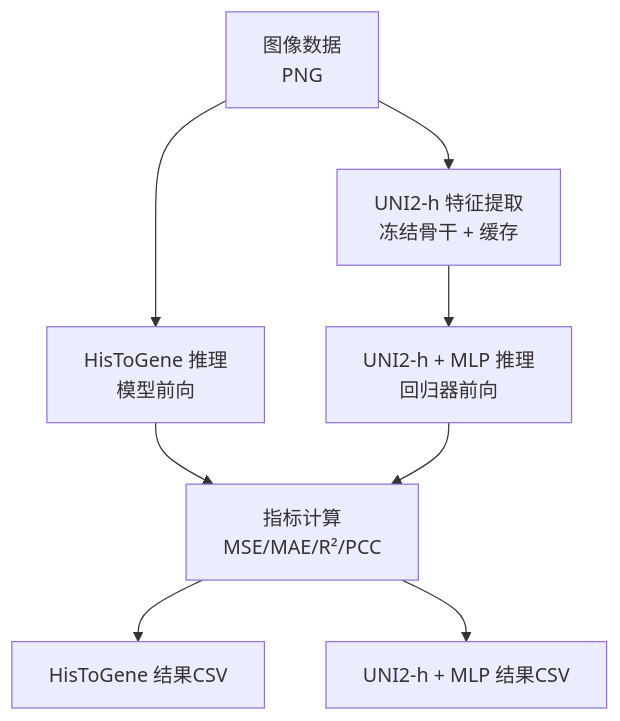
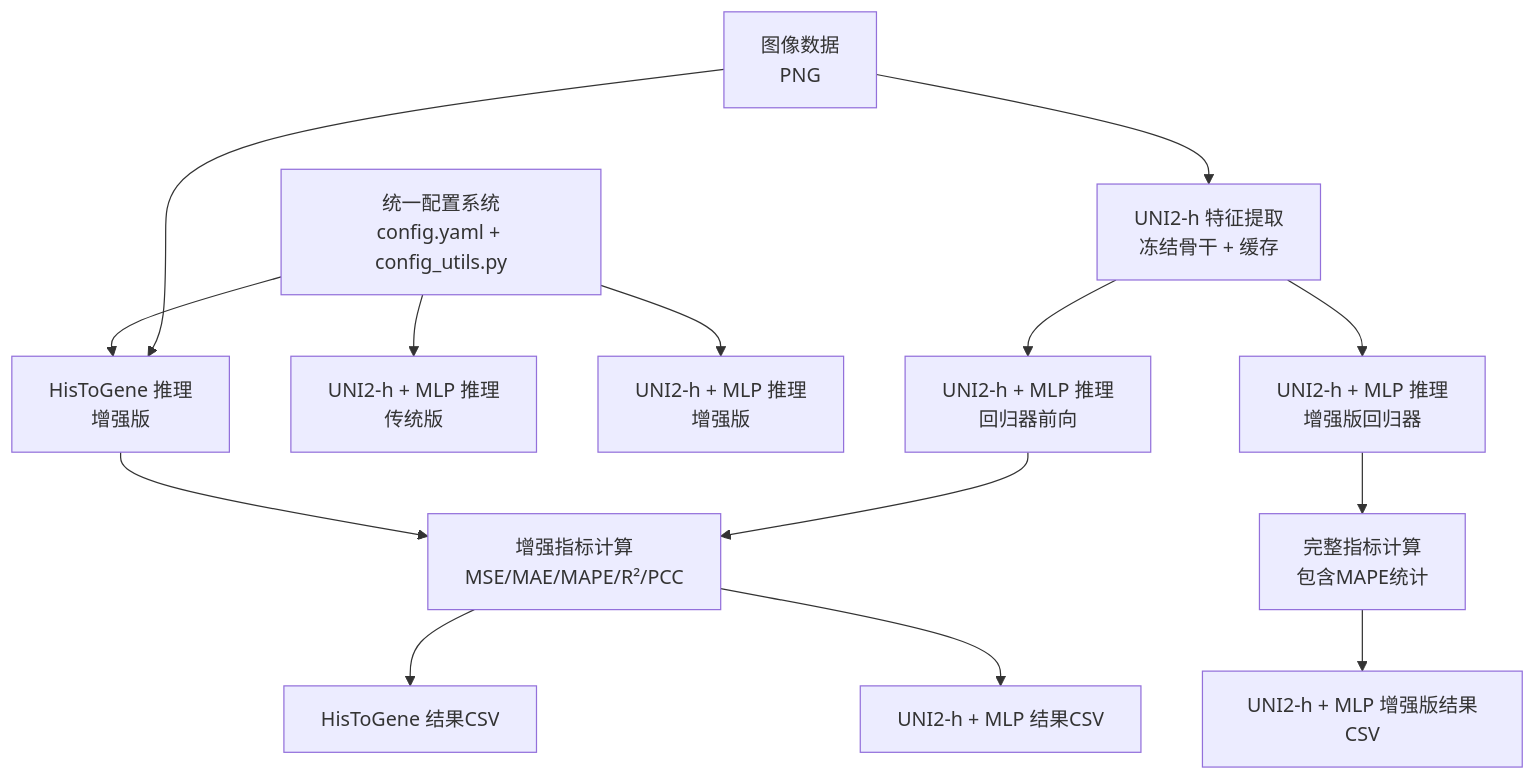
Before and after one commit to qzs610038-star/AI-esophagus-cancer-basedon-HF-HT: the second of 5 diagrams in .qoder/repowiki/zh/content/推理评估系统/推理评估系统.md, drawn with Mermaid. The commit also changed other lines of this file and 14 other files, not shown here.

````diff
--- a/.qoder/repowiki/zh/content/推理评估系统/推理评估系统.md
+++ b/.qoder/repowiki/zh/content/推理评估系统/推理评估系统.md
@@ -120,10 +186,16 @@
 ```mermaid
 graph TB
-IMG["图像数据<br/>PNG"] --> HTG["HisToGene 推理<br/>模型前向"]
+CONFIG["统一配置系统<br/>config.yaml + config_utils.py"] --> HTG["HisToGene 推理<br/>增强版"]
+CONFIG --> U2H["UNI2-h + MLP 推理<br/>传统版"]
+CONFIG --> U2H_NEW["UNI2-h + MLP 推理<br/>增强版"]
+IMG["图像数据<br/>PNG"] --> HTG
 IMG --> U2H_FEAT["UNI2-h 特征提取<br/>冻结骨干 + 缓存"]
 U2H_FEAT --> U2H_REG["UNI2-h + MLP 推理<br/>回归器前向"]
-HTG --> METRICS["指标计算<br/>MSE/MAE/R²/PCC"]
+U2H_FEAT --> U2H_NEW_REG["UNI2-h + MLP 推理<br/>增强版回归器"]
+HTG --> METRICS["增强指标计算<br/>MSE/MAE/MAPE/R²/PCC"]
 U2H_REG --> METRICS
+U2H_NEW_REG --> METRICS_ENHANCED["完整指标计算<br/>包含MAPE统计"]
 METRICS --> OUT1["HisToGene 结果CSV"]
 METRICS --> OUT2["UNI2-h + MLP 结果CSV"]
+METRICS_ENHANCED --> OUT3["UNI2-h + MLP 增强版结果CSV"]
 ```
````
